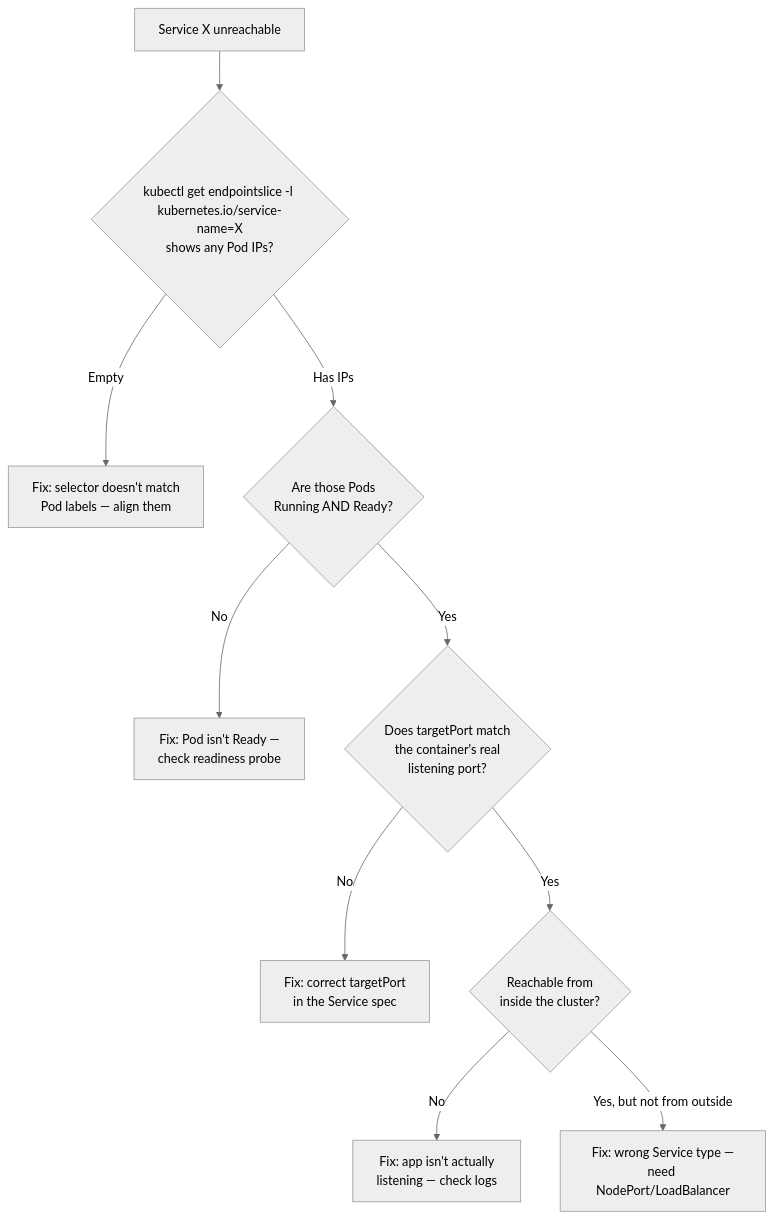
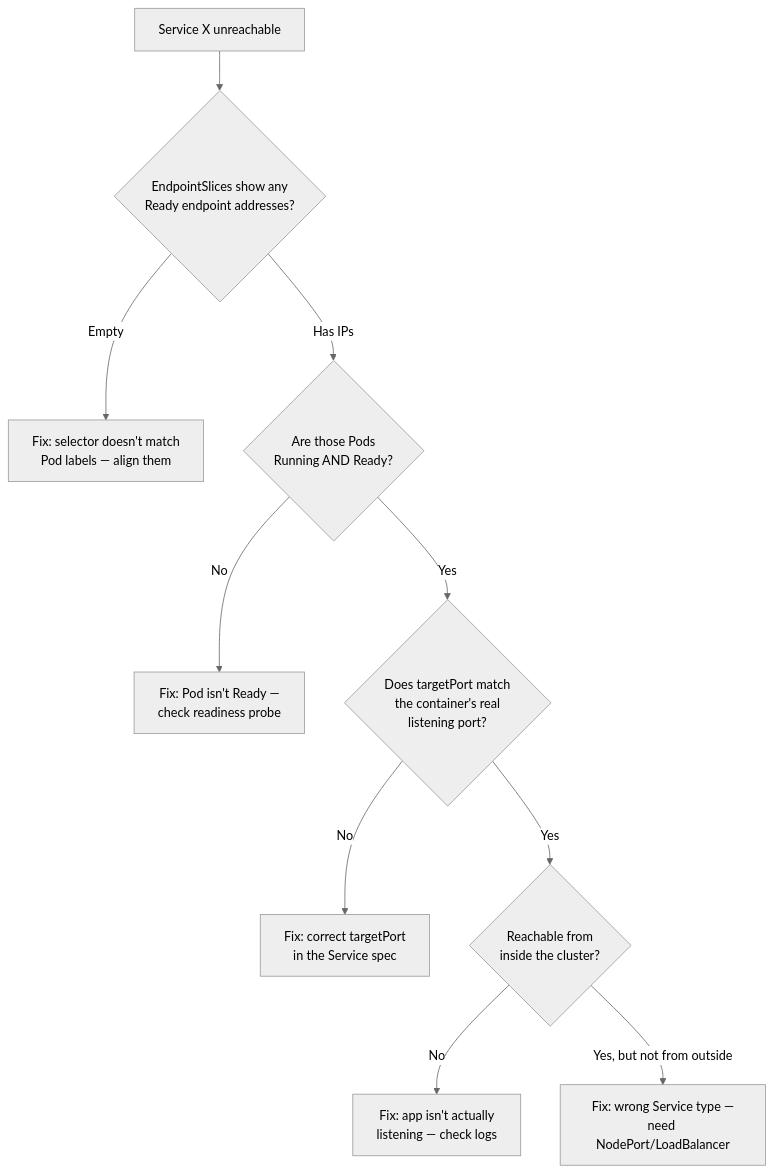
Before and after one commit to karthikreddy432/CKAD: the second of 5 diagrams in 04_chapter_services_networking.md, drawn with Mermaid (neutral theme). The commit also changed other lines of this file and 13 other files, not shown here.

````diff
--- a/04_chapter_services_networking.md
+++ b/04_chapter_services_networking.md
@@ -124,22 +124,22 @@
 ```mermaid
 flowchart TD
-    START["Service X unreachable"] --> Q1{"kubectl get endpointslice -l kubernetes.io/service-name=X
-shows any Pod IPs?"}
+    START["Service X unreachable"] --> Q1{"EndpointSlices show any
+Ready endpoint addresses?"}
     Q1 -->|Empty| FIX1["Fix: selector doesn't match
 Pod labels — align them"]
     Q1 -->|Has IPs| Q2{"Are those Pods
 Running AND Ready?"}
     Q2 -->|No| FIX2["Fix: Pod isn't Ready —
 check readiness probe"]
     Q2 -->|Yes| Q3{"Does targetPort match
 the container's real
 listening port?"}
     Q3 -->|No| FIX3["Fix: correct targetPort
 in the Service spec"]
     Q3 -->|Yes| Q4{"Reachable from
 inside the cluster?"}
     Q4 -->|No| FIX4["Fix: app isn't actually
 listening — check logs"]
     Q4 -->|"Yes, but not from outside"| FIX5["Fix: wrong Service type —
 need NodePort/LoadBalancer"]
 ```
````
